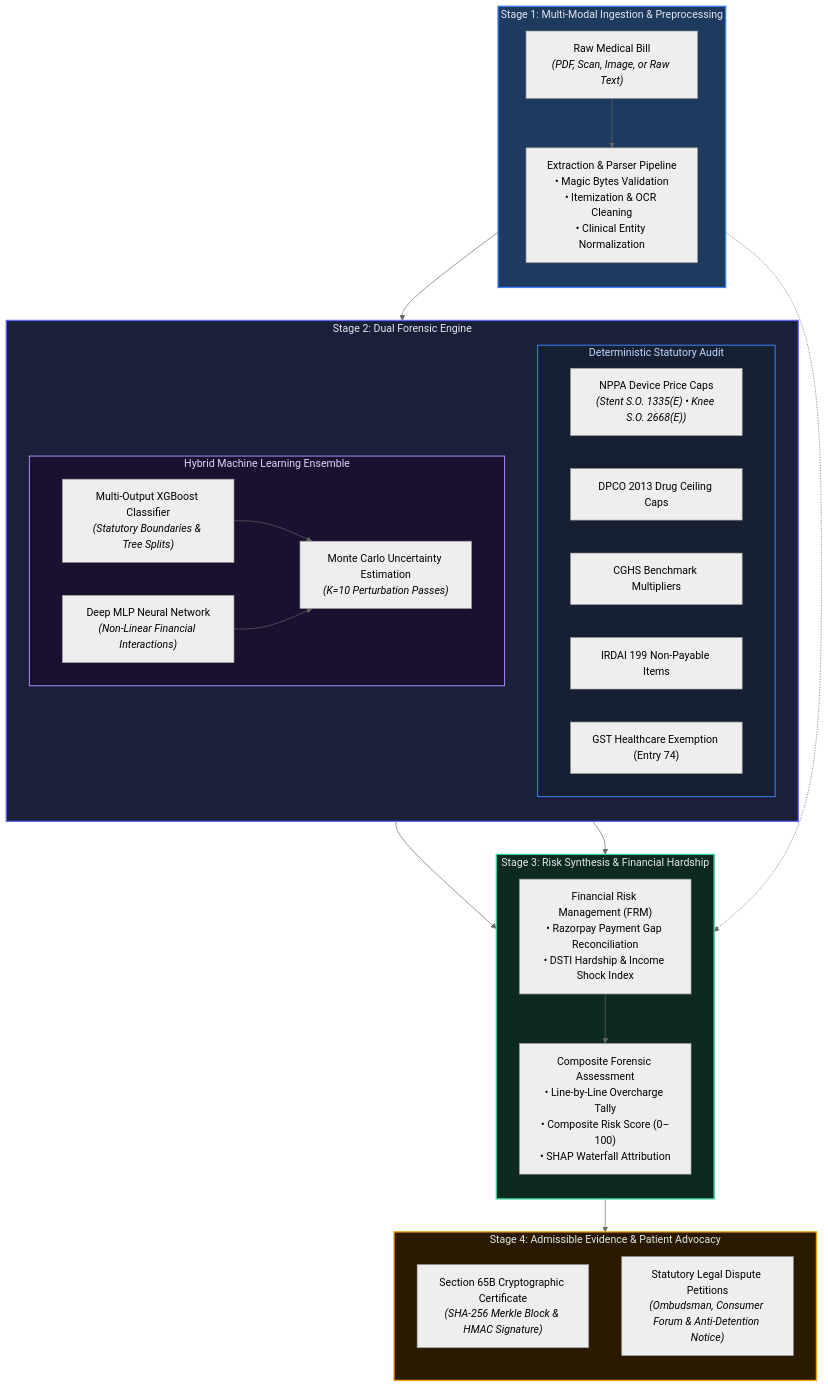
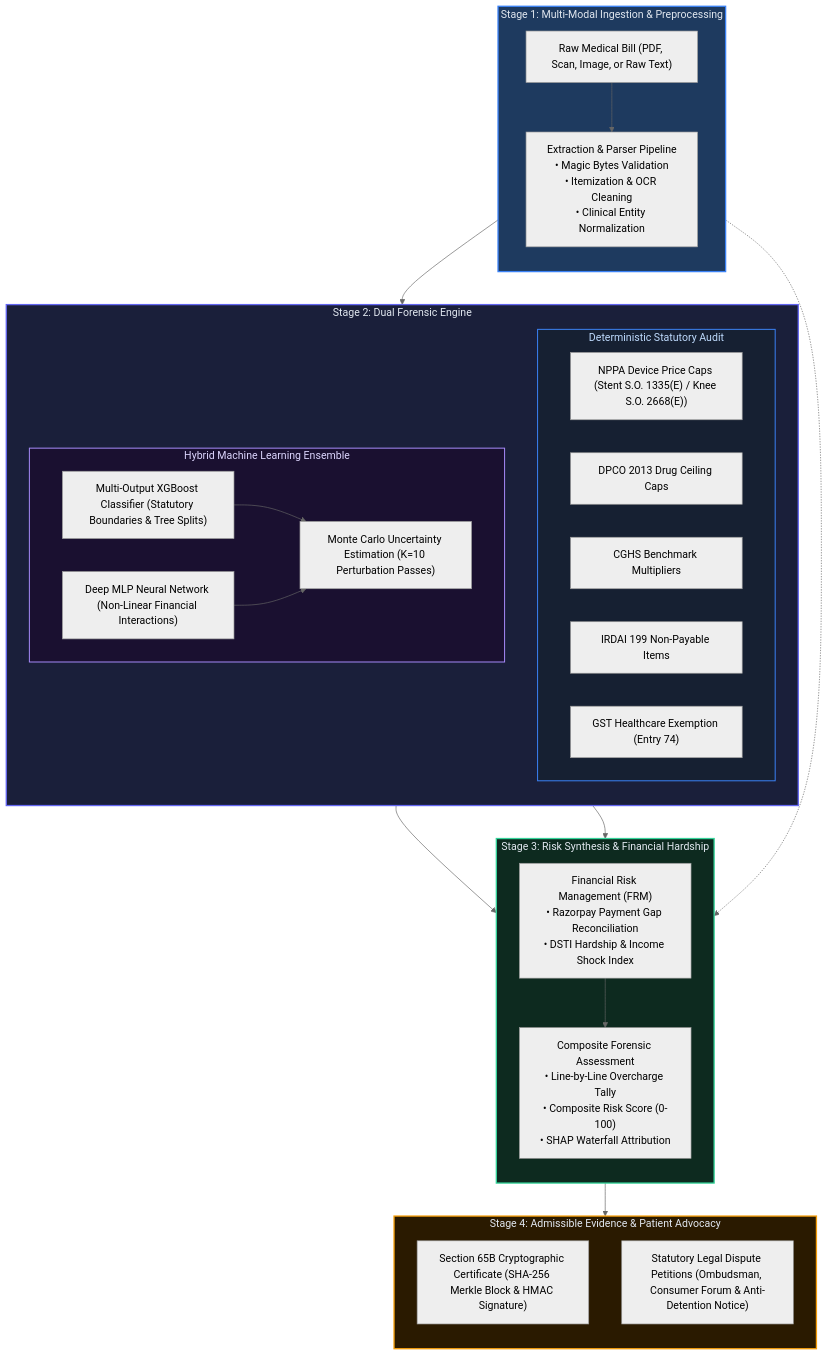
Before and after one commit to Harshil-18-byte/CuraVeris: the first of 3 diagrams in README.md, drawn with Mermaid (neutral theme). The commit also changed other lines of this file, not shown here.

Commit message:
Fix Mermaid diagram quoting and syntax for architecture and product model sections

````diff
--- a/README.md
+++ b/README.md
@@ -53,51 +53,52 @@
 ```mermaid
 flowchart TD
   subgraph Stage1 ["Stage 1: Multi-Modal Ingestion & Preprocessing"]
     direction TB
-    A["Raw Medical Bill<br/><i>(PDF, Scan, Image, or Raw Text)</i>"] --> B["Extraction & Parser Pipeline<br/>• Magic Bytes Validation<br/>• Itemization & OCR Cleaning<br/>• Clinical Entity Normalization"]
+    A["Raw Medical Bill (PDF, Scan, Image, or Raw Text)"] --> B["Extraction & Parser Pipeline<br/>• Magic Bytes Validation<br/>• Itemization & OCR Cleaning<br/>• Clinical Entity Normalization"]
   end
 
   subgraph Stage2 ["Stage 2: Dual Forensic Engine"]
     direction TB
     subgraph Legal ["Deterministic Statutory Audit"]
-      C1["NPPA Device Price Caps<br/><i>(Stent S.O. 1335(E) • Knee S.O. 2668(E))</i>"]
+      C1["NPPA Device Price Caps (Stent S.O. 1335(E) / Knee S.O. 2668(E))"]
       C2["DPCO 2013 Drug Ceiling Caps"]
       C3["CGHS Benchmark Multipliers"]
       C4["IRDAI 199 Non-Payable Items"]
       C5["GST Healthcare Exemption (Entry 74)"]
     end
 
     subgraph ML ["Hybrid Machine Learning Ensemble"]
-      D1["Multi-Output XGBoost Classifier<br/><i>(Statutory Boundaries & Tree Splits)</i>"]
-      D2["Deep MLP Neural Network<br/><i>(Non-Linear Financial Interactions)</i>"]
-      D3["Monte Carlo Uncertainty Estimation<br/><i>(K=10 Perturbation Passes)</i>"]
-      D1 & D2 --> D3
+      D1["Multi-Output XGBoost Classifier (Statutory Boundaries & Tree Splits)"]
+      D2["Deep MLP Neural Network (Non-Linear Financial Interactions)"]
+      D3["Monte Carlo Uncertainty Estimation (K=10 Perturbation Passes)"]
+      D1 --> D3
+      D2 --> D3
     end
   end
 
   subgraph Stage3 ["Stage 3: Risk Synthesis & Financial Hardship"]
     direction TB
-    E["Composite Forensic Assessment<br/>• Line-by-Line Overcharge Tally<br/>• Composite Risk Score (0–100)<br/>• SHAP Waterfall Attribution"]
+    E["Composite Forensic Assessment<br/>• Line-by-Line Overcharge Tally<br/>• Composite Risk Score (0-100)<br/>• SHAP Waterfall Attribution"]
     F["Financial Risk Management (FRM)<br/>• Razorpay Payment Gap Reconciliation<br/>• DSTI Hardship & Income Shock Index"]
   end
 
   subgraph Stage4 ["Stage 4: Admissible Evidence & Patient Advocacy"]
     direction TB
-    G1["Section 65B Cryptographic Certificate<br/><i>(SHA-256 Merkle Block & HMAC Signature)</i>"]
-    G2["Statutory Legal Dispute Petitions<br/><i>(Ombudsman, Consumer Forum & Anti-Detention Notice)</i>"]
+    G1["Section 65B Cryptographic Certificate (SHA-256 Merkle Block & HMAC Signature)"]
+    G2["Statutory Legal Dispute Petitions (Ombudsman, Consumer Forum & Anti-Detention Notice)"]
   end
 
   Stage1 --> Stage2
   Legal --> E
   ML --> E
   B -.-> F
   F --> E
   Stage3 --> Stage4
 
   style Stage1 fill:#1e3a5f,stroke:#3b82f6,stroke-width:2px,color:#e2e8f0
   style Stage2 fill:#1a1f3a,stroke:#6366f1,stroke-width:2px,color:#e2e8f0
   style Legal fill:#162032,stroke:#3b82f6,stroke-width:1.5px,color:#bfdbfe
   style ML fill:#1a1030,stroke:#a78bfa,stroke-width:1.5px,color:#ddd6fe
   style Stage3 fill:#0d2a1f,stroke:#34d399,stroke-width:2px,color:#e2e8f0
   style Stage4 fill:#2a1a00,stroke:#f59e0b,stroke-width:2px,color:#e2e8f0
 ```
````
